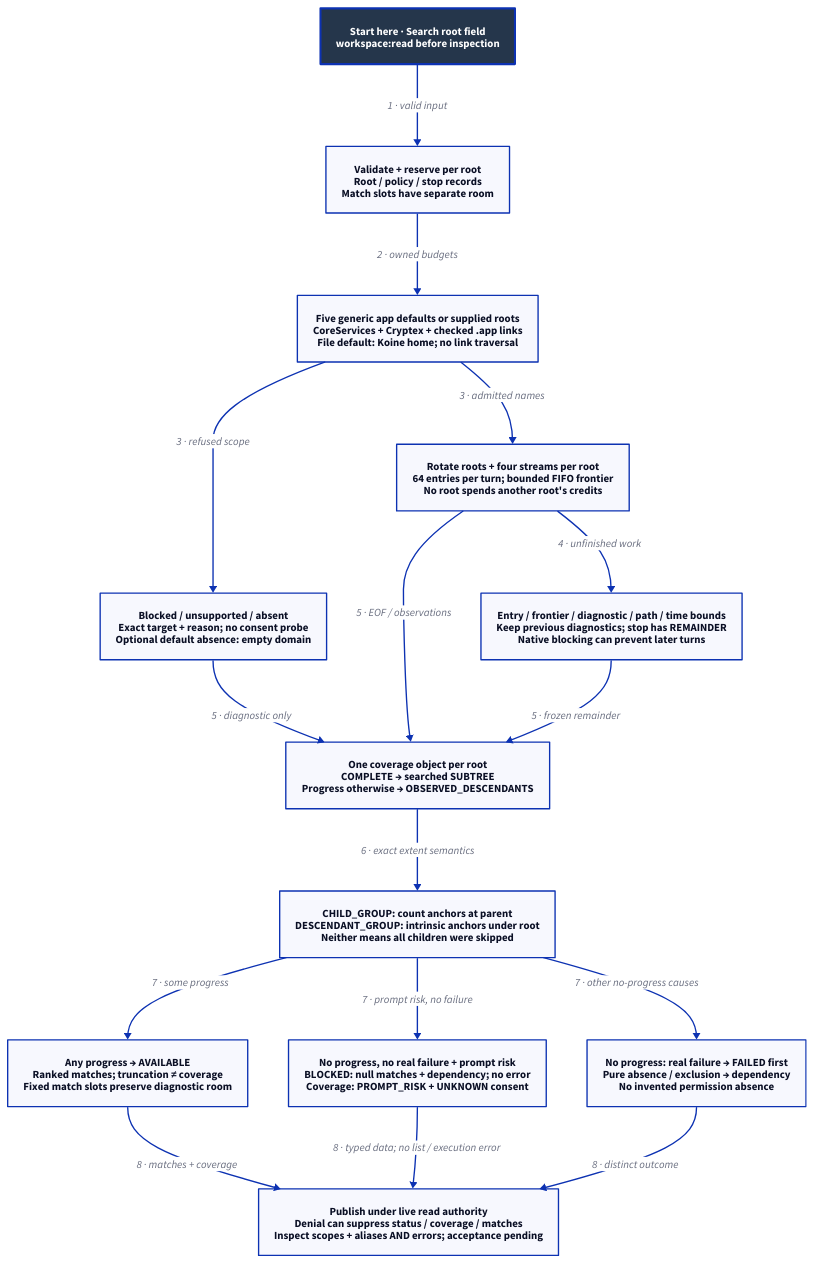
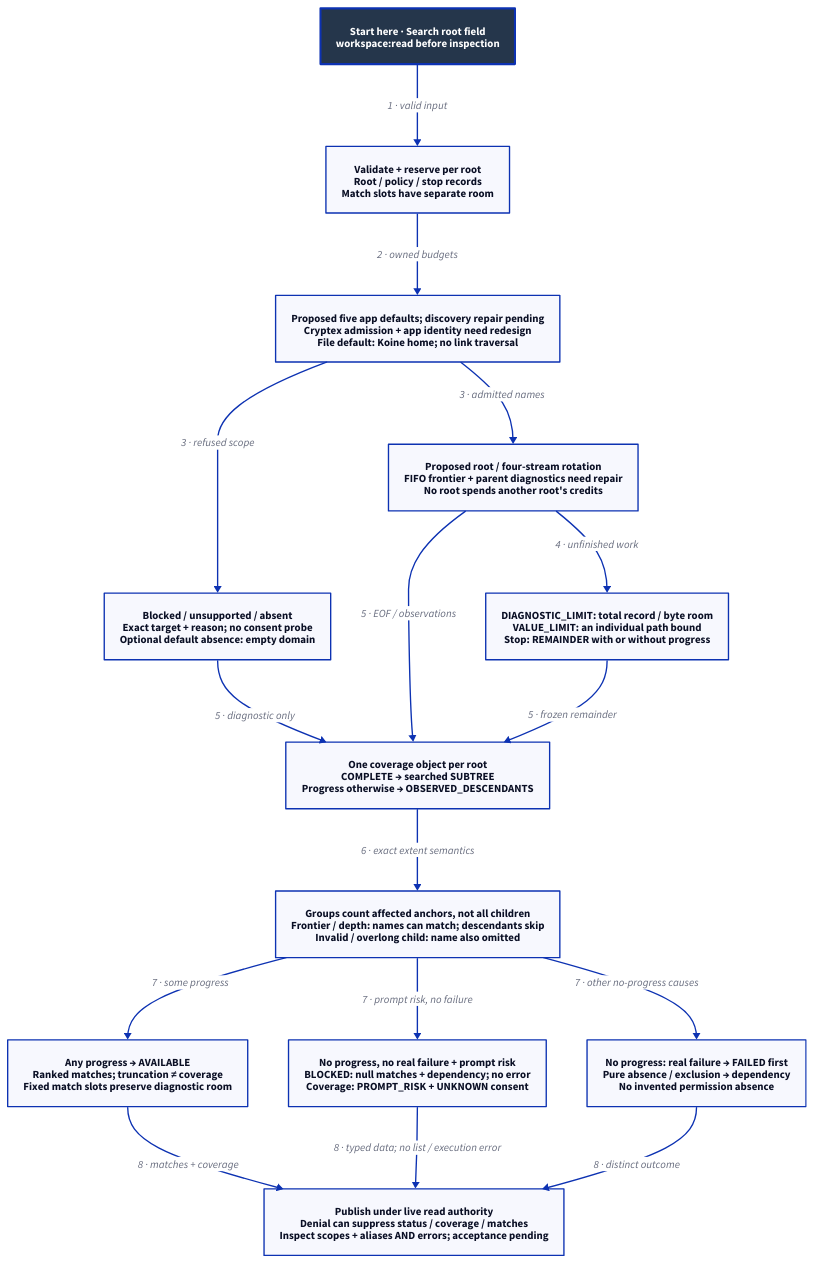
The diagram in docs/design/architecture/search-coverage.d2 (Linkuistics/Koine), drawn with D2 before and after one commit. The commit also changed 18 other files, not shown here.

Commit message:
search-coverage-k100: clarify coverage and acceptance contracts; route admission, traversal and application identity repair to search-defaults-k101

```diff
--- a/docs/design/architecture/search-coverage.d2
+++ b/docs/design/architecture/search-coverage.d2
@@ -1,32 +1,32 @@
 # Designed flow; arrows show order/guards, not checked temporal guarantees.
 direction: down
 classes: {
   start: {style: {fill: "#25364B"; font-color: "#FFFFFF"; bold: true; stroke-width: 3}}
 }
 Start: "Start here · Search root field\nworkspace:read before inspection" {class: start}
 Reserve: "Validate + reserve per root\nRoot / policy / stop records\nMatch slots have separate room"
-Admission: "Five generic app defaults or supplied roots\nCoreServices + Cryptex + checked .app links\nFile default: Koine home; no link traversal"
+Admission: "Proposed five app defaults; discovery repair pending\nCryptex admission + app identity need redesign\nFile default: Koine home; no link traversal"
 Skip: "Blocked / unsupported / absent\nExact target + reason; no consent probe\nOptional default absence: empty domain"
-Scan: "Rotate roots + four streams per root\n64 entries per turn; bounded FIFO frontier\nNo root spends another root's credits"
-Bounds: "Entry / frontier / diagnostic / path / time bounds\nKeep previous diagnostics; stop has REMAINDER\nNative blocking can prevent later turns"
+Scan: "Proposed root / four-stream rotation\nFIFO frontier + parent diagnostics need repair\nNo root spends another root's credits"
+Bounds: "DIAGNOSTIC_LIMIT: total record / byte room\nVALUE_LIMIT: an individual path bound\nStop: REMAINDER with or without progress"
 Coverage: "One coverage object per root\nCOMPLETE → searched SUBTREE\nProgress otherwise → OBSERVED_DESCENDANTS"
-Groups: "CHILD_GROUP: count anchors at parent\nDESCENDANT_GROUP: intrinsic anchors under root\nNeither means all children were skipped"
+Groups: "Groups count affected anchors, not all children\nFrontier / depth: names can match; descendants skip\nInvalid / overlong child: name also omitted"
 Available: "Any progress → AVAILABLE\nRanked matches; truncation ≠ coverage\nFixed match slots preserve diagnostic room"
 Blocked: "No progress, no real failure + prompt risk\nBLOCKED: null matches + dependency; no error\nCoverage: PROMPT_RISK + UNKNOWN consent"
 Other: "No progress: real failure → FAILED first\nPure absence / exclusion → dependency\nNo invented permission absence"
 Publish: "Publish under live read authority\nDenial can suppress status / coverage / matches\nInspect scopes + aliases AND errors; acceptance pending"
 Start -> Reserve: "1 · valid input"
 Reserve -> Admission: "2 · owned budgets"
 Admission -> Skip: "3 · refused scope"
 Admission -> Scan: "3 · admitted names"
 Scan -> Bounds: "4 · unfinished work"
 Skip -> Coverage: "5 · diagnostic only"
 Scan -> Coverage: "5 · EOF / observations"
 Bounds -> Coverage: "5 · frozen remainder"
 Coverage -> Groups: "6 · exact extent semantics"
 Groups -> Available: "7 · some progress"
 Groups -> Blocked: "7 · prompt risk, no failure"
 Groups -> Other: "7 · other no-progress causes"
 Available -> Publish: "8 · matches + coverage"
 Blocked -> Publish: "8 · typed data; no list / execution error"
 Other -> Publish: "8 · distinct outcome"
```
